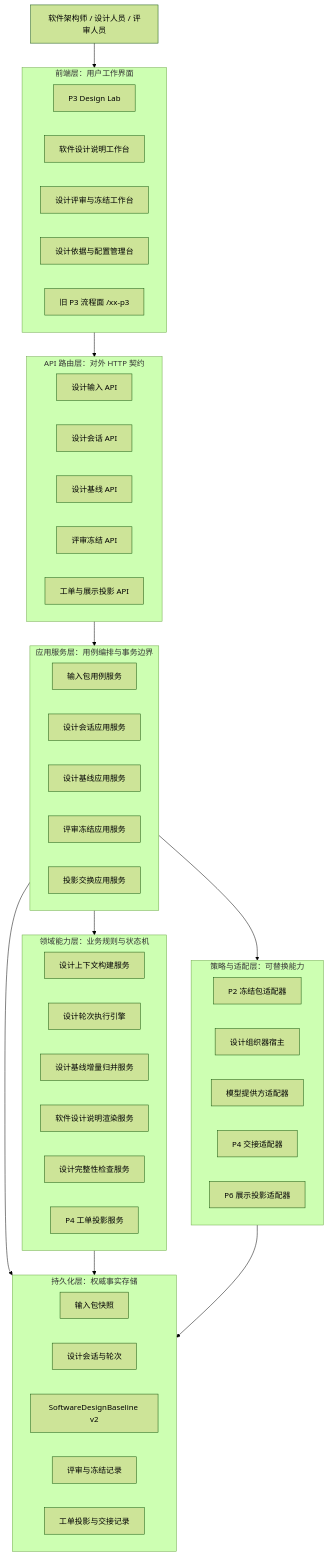
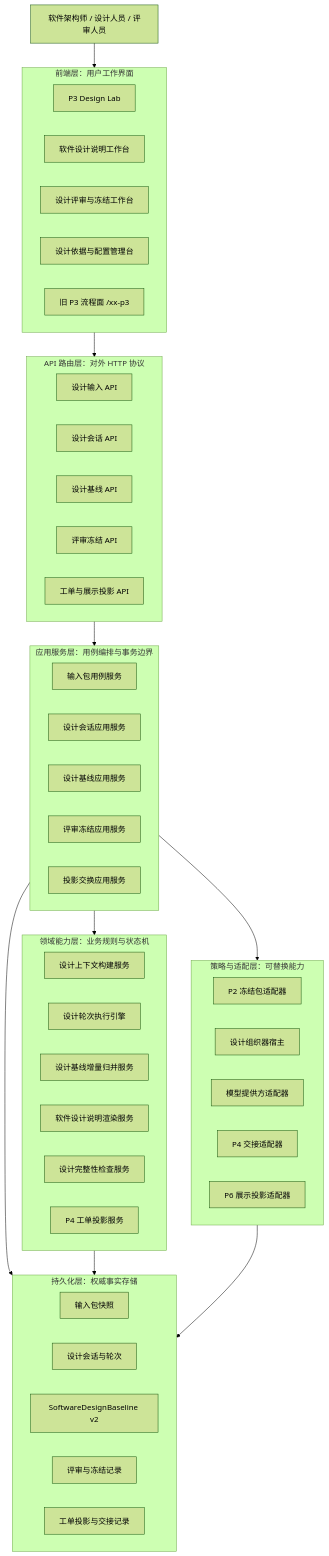
One commit to wgwtest/CodeFactoryV2 changed the first of 10 diagrams in DOC/CODEX_DOC/02_设计说明/P3_软件设计系统/P3-软件设计系统设计.md. Above: the diagram before and after it, drawn with Mermaid (forest theme). The commit also changed other lines of this file and 23 other files, not shown here.

````diff
--- a/DOC/CODEX_DOC/02_设计说明/P3_软件设计系统/P3-软件设计系统设计.md
+++ b/DOC/CODEX_DOC/02_设计说明/P3_软件设计系统/P3-软件设计系统设计.md
@@ -218,62 +220,62 @@
 ```mermaid
 flowchart TB
   User["软件架构师 / 设计人员 / 评审人员"]
 
   subgraph Web["前端层：用户工作界面"]
     DesignLab["P3 Design Lab"]
     AuthoringPage["软件设计说明工作台"]
     ReviewPage["设计评审与冻结工作台"]
     ConfigPage["设计依据与配置管理台"]
     LegacyPage["旧 P3 流程面 /xx-p3"]
   end
 
-  subgraph Api["API 路由层：对外 HTTP 契约"]
+  subgraph Api["API 路由层：对外 HTTP 协议"]
     InputApi["设计输入 API"]
     SessionApi["设计会话 API"]
     BaselineApi["设计基线 API"]
     ReviewApi["评审冻结 API"]
     ProjectionApi["工单与展示投影 API"]
   end
 
   subgraph App["应用服务层：用例编排与事务边界"]
     InputApp["输入包用例服务"]
     SessionApp["设计会话应用服务"]
     BaselineApp["设计基线应用服务"]
     ReviewApp["评审冻结应用服务"]
     ProjectionApp["投影交换应用服务"]
   end
 
   subgraph Domain["领域能力层：业务规则与状态机"]
     ContextBuilder["设计上下文构建服务"]
     TurnEngine["设计轮次执行引擎"]
     BaselineReducer["设计基线增量归并服务"]
     DocumentRenderer["软件设计说明渲染服务"]
     DesignChecker["设计完整性检查服务"]
     WorkorderProjector["P4 工单投影服务"]
   end
 
   subgraph Strategy["策略与适配层：可替换能力"]
     P2Adapter["P2 冻结包适配器"]
     OrchestratorHost["设计组织器宿主"]
     ProviderAdapter["模型提供方适配器"]
     P4Adapter["P4 交接适配器"]
     P6Projector["P6 展示投影适配器"]
   end
 
   subgraph Store["持久化层：权威事实存储"]
     PackageStore["输入包快照"]
     SessionStore["设计会话与轮次"]
     BaselineStore["SoftwareDesignBaseline v2"]
     ReviewStore["评审与冻结记录"]
     ProjectionStore["工单投影与交接记录"]
   end
 
   User --> Web
   Web --> Api
   Api --> App
   App --> Domain
   App --> Strategy
   App --> Store
   Domain --> Store
   Strategy --> Store
 ```
````
